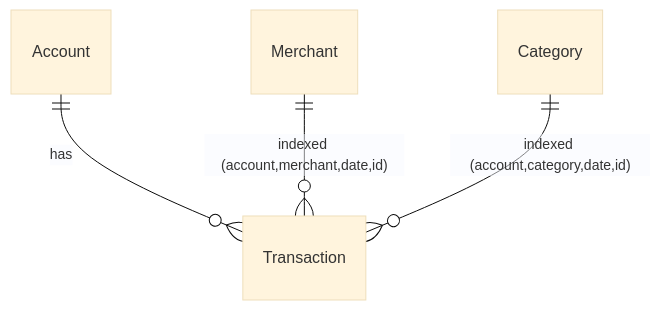
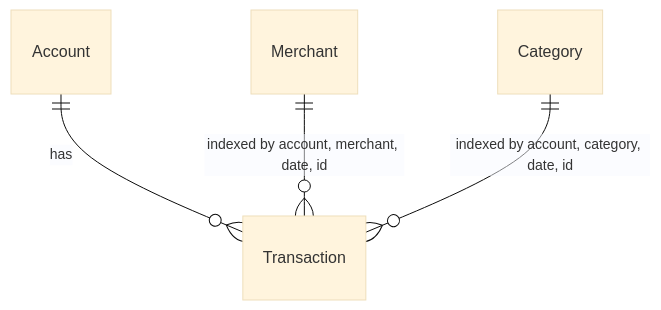
The first of 2 diagrams in docs/design/feat-api-perf.md (bassamriman/carta-interview), drawn with Mermaid (base theme) before and after one commit. The commit also changed other lines of this file, not shown here.

First line of the commit message:
Make the design doc diagrams render on GitHub

````diff
--- a/docs/design/feat-api-perf.md
+++ b/docs/design/feat-api-perf.md
@@ -4,6 +4,6 @@
 ```mermaid
 erDiagram
   Account ||--o{ Transaction : has
-  Merchant ||--o{ Transaction : "indexed (account,merchant,date,id)"
-  Category ||--o{ Transaction : "indexed (account,category,date,id)"
+  Merchant ||--o{ Transaction : "indexed by account, merchant, date, id"
+  Category ||--o{ Transaction : "indexed by account, category, date, id"
 ```
````
